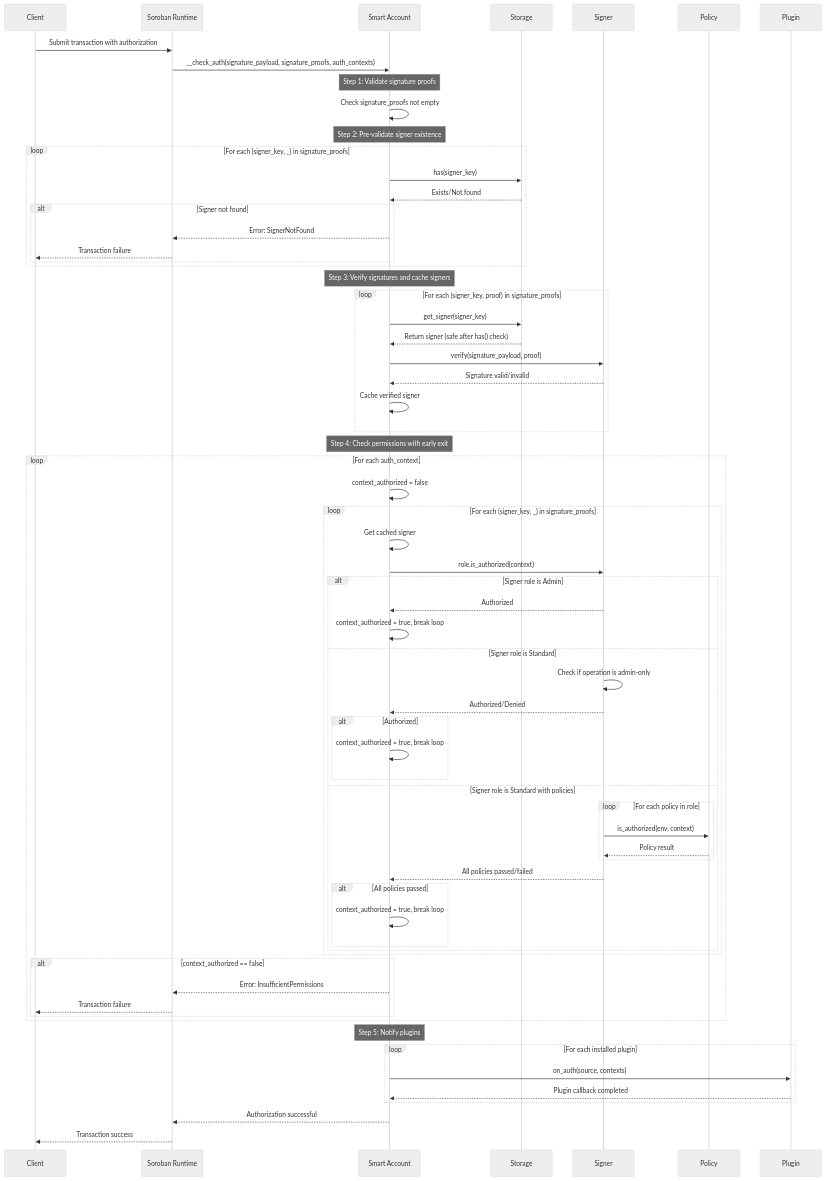
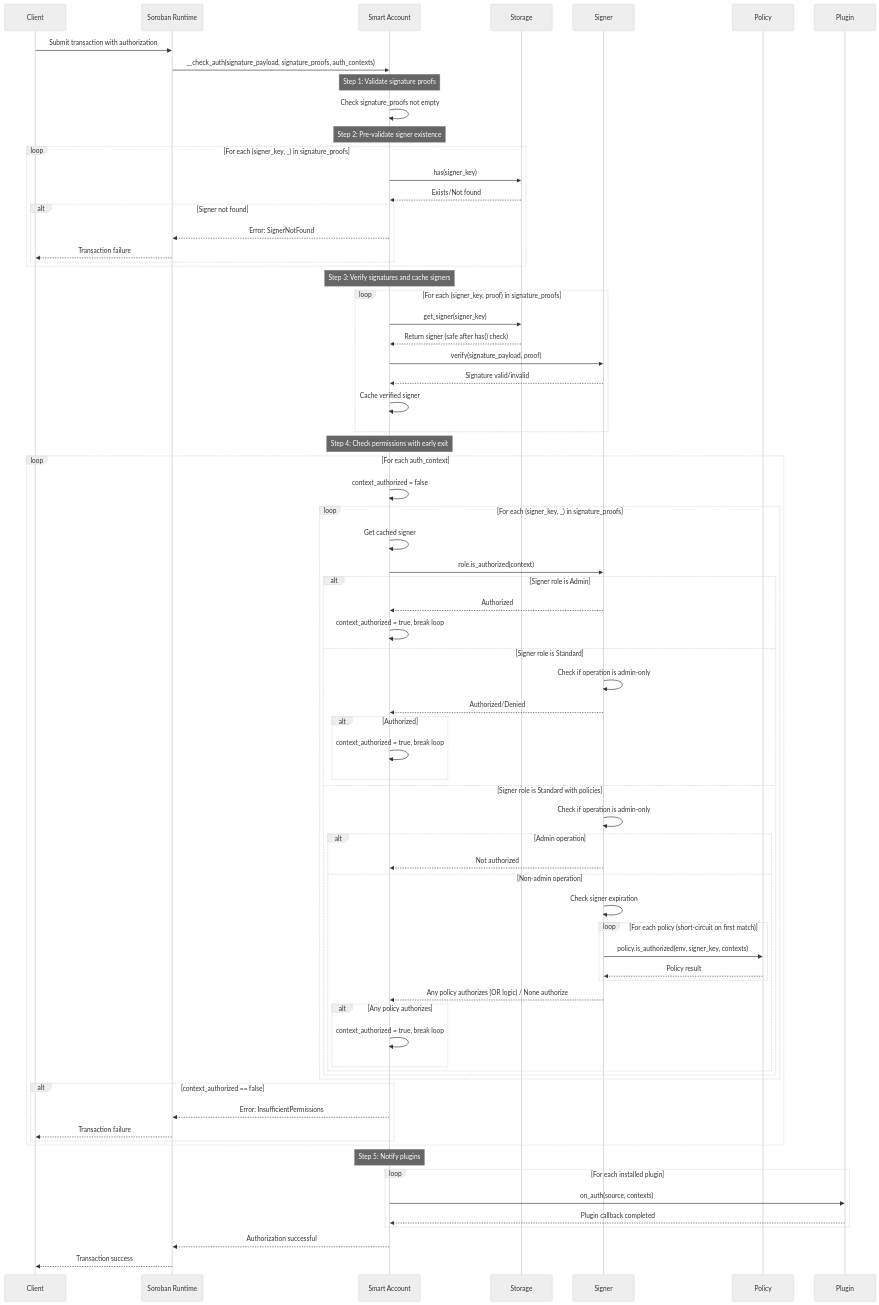
One commit to Crossmint/stellar-smart-account changed the fourth of 5 diagrams in contracts/smart-account/README.md. Above: the diagram before and after it, drawn with Mermaid (neutral theme). The commit also changed other lines of this file and 2 other files, not shown here.

```diff
--- a/contracts/smart-account/README.md
+++ b/contracts/smart-account/README.md
@@ -453,13 +469,19 @@
                     SmartAccount->>SmartAccount: context_authorized = true, break loop
                 end
             else Signer role is Standard with policies
-                loop For each policy in role
-                    Signer->>Policy: is_authorized(env, context)
-                    Policy-->>Signer: Policy result
-                end
-                Signer-->>SmartAccount: All policies passed/failed
-                alt All policies passed
-                    SmartAccount->>SmartAccount: context_authorized = true, break loop
+                Signer->>Signer: Check if operation is admin-only
+                alt Admin operation
+                    Signer-->>SmartAccount: Not authorized
+                else Non-admin operation
+                    Signer->>Signer: Check signer expiration
+                    loop For each policy (short-circuit on first match)
+                        Signer->>Policy: policy.is_authorized(env, signer_key, contexts)
+                        Policy-->>Signer: Policy result
+                    end
+                    Signer-->>SmartAccount: Any policy authorizes (OR logic) / None authorize
+                    alt Any policy authorizes
+                        SmartAccount->>SmartAccount: context_authorized = true, break loop
+                    end
                 end
             end
         end
```
